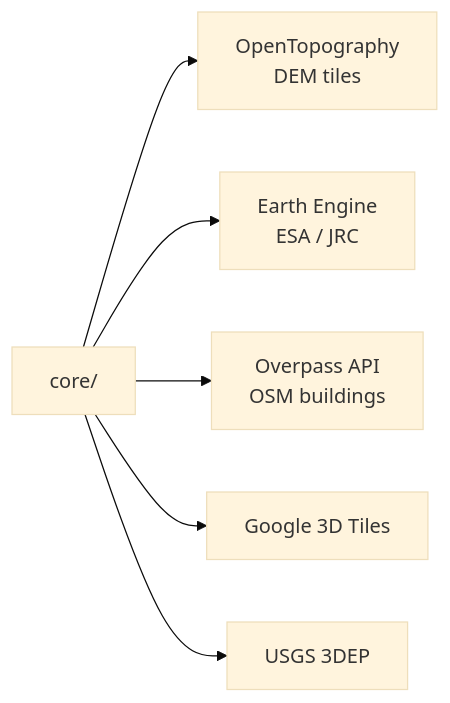
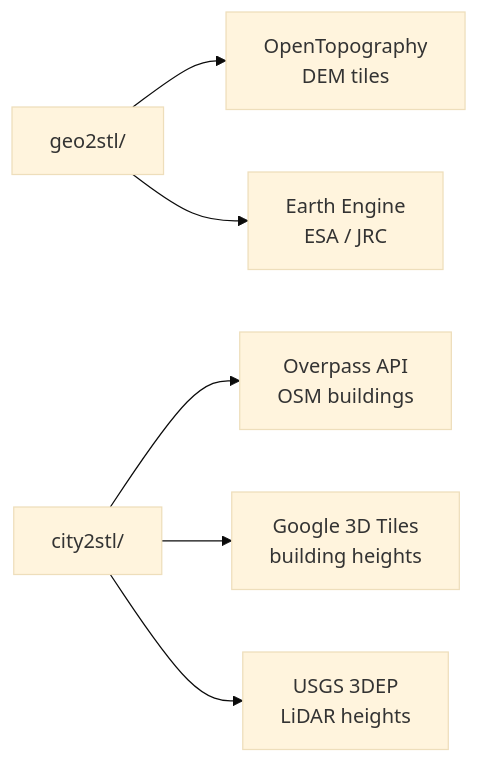
One commit to EdgarCardenasDeLaHoz/map2stl changed the second of 24 diagrams in docs/arch.md. Above: the diagram before and after it, drawn with Mermaid (base theme). The commit also changed other lines of this file and 8 other files, not shown here.

````diff
--- a/docs/arch.md
+++ b/docs/arch.md
@@ -39,8 +41,8 @@
 ```mermaid
 flowchart LR
-    CORE["core/"] --> OT["OpenTopography<br/>DEM tiles"]
-    CORE --> EE["Earth Engine<br/>ESA / JRC"]
-    CORE --> OSM["Overpass API<br/>OSM buildings"]
-    CORE --> G3D["Google 3D Tiles"]
-    CORE --> USGS["USGS 3DEP"]
+    GEO["geo2stl/"] --> OT["OpenTopography<br/>DEM tiles"]
+    GEO --> EE["Earth Engine<br/>ESA / JRC"]
+    CITY["city2stl/"] --> OSM["Overpass API<br/>OSM buildings"]
+    CITY --> G3D["Google 3D Tiles<br/>building heights"]
+    CITY --> USGS["USGS 3DEP<br/>LiDAR heights"]
 ```
````
